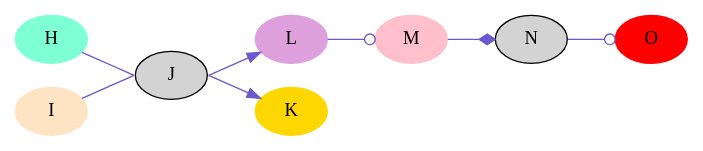
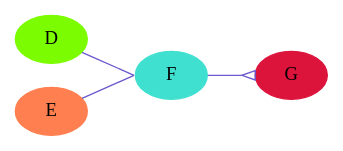
One commit to graphviz-perl/GraphViz2-Marpa-PathUtils changed the diagram in out/clusters.out.07.002.gv. Above: the diagram before and after it, drawn with Graphviz. The commit also changed 47 other files, not shown here.

```diff
--- a/out/clusters.out.07.002.gv
+++ b/out/clusters.out.07.002.gv
@@ -1,22 +1,15 @@
 digraph Perl
 {
 	graph[rankdir = "LR"]
 	node[shape = "oval"]
 	edge[color = "slateblue"]
 	node[style = "filled"]
-	H[color = "aquamarine"]
-	L[color = "plum"]
-	M[color = "pink"]
-	O[color = "red"]
-	I[color = "bisque"]
-	K[color = "gold"]
-	J
-	I -> J[arrowhead = "none" label = "" samehead = "1"]
-	H -> J[arrowhead = "none" label = "" samehead = "1"]
-	J -> L[label = "" sametail = "1"]
-	J -> K[label = "" sametail = "1"]
-	L -> M[arrowhead = "odot"]
-	M -> N[arrowhead = "diamond"]
-	N -> O[arrowhead = "odot"]
+	D[color = "lawngreen"]
+	E[color = "coral"]
+	G[color = "crimson"]
+	F[color = "turquoise"]
+	D -> F[arrowhead = "none" label = "" samehead = "1"]
+	E -> F[arrowhead = "none" label = "" samehead = "1"]
+	F -> G[arrowhead = "invempty" label = "" sametail = "1"]
 
 }
```
